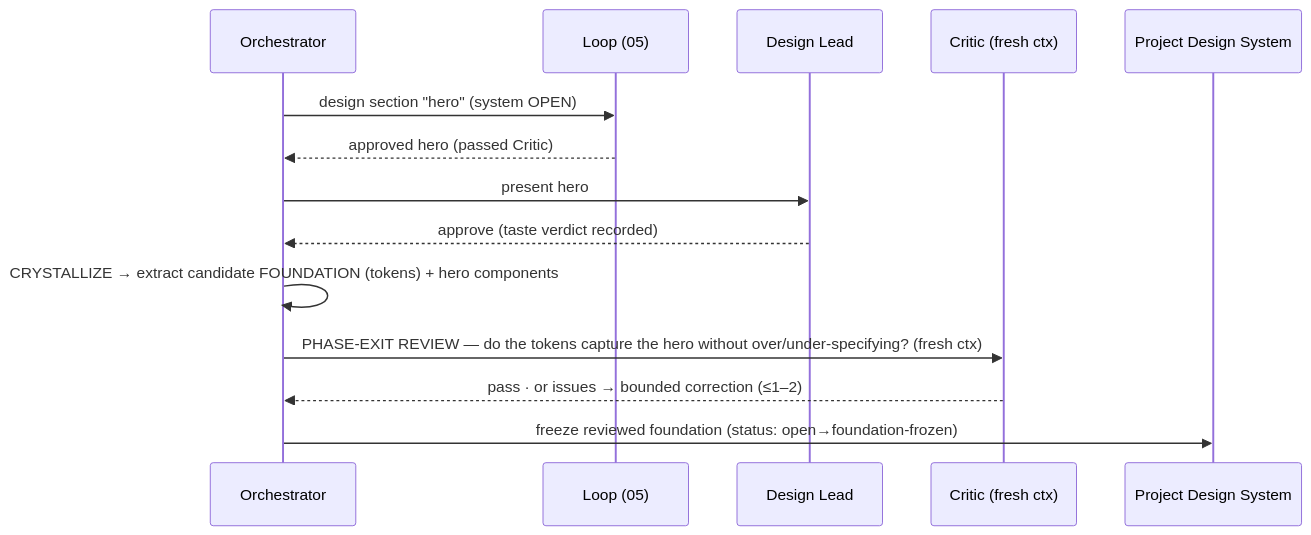
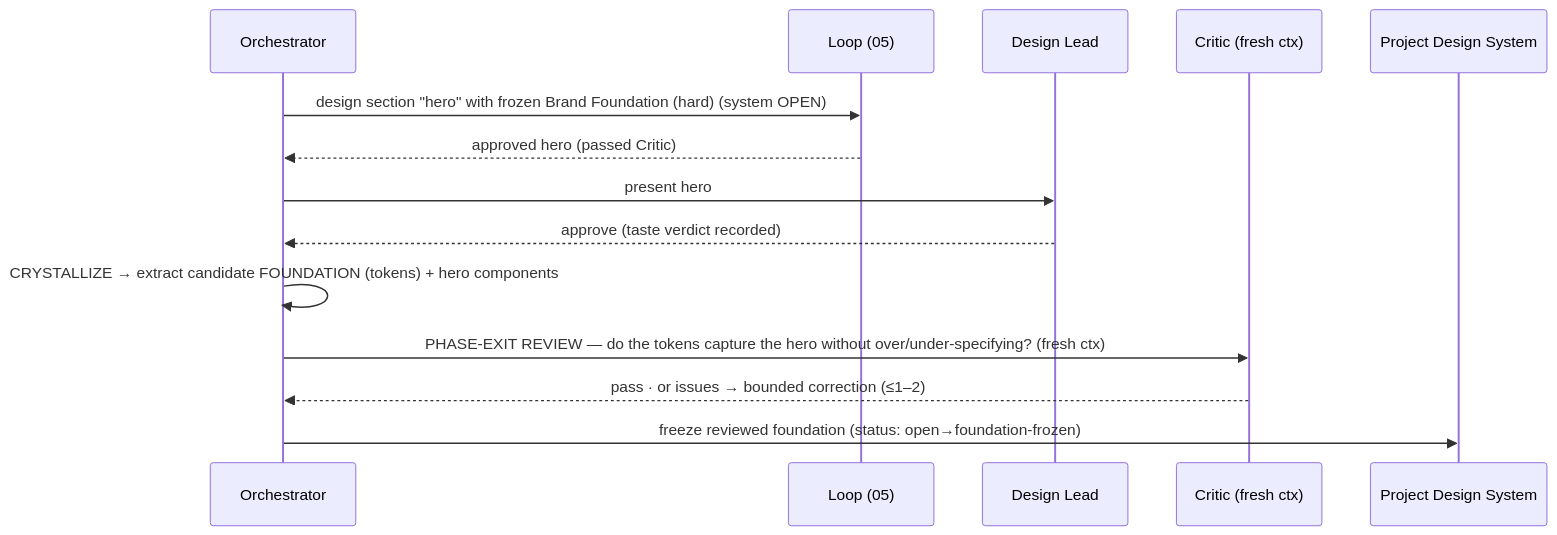
One commit to dev8xofficial/TroopHunter changed the third of 6 diagrams in future-pipeline/autonomous-design-engine/spec/06-workflows.md. Above: the diagram before and after it, drawn with Mermaid. The commit also changed other lines of this file and 20 other files, not shown here.

````diff
--- a/future-pipeline/autonomous-design-engine/spec/06-workflows.md
+++ b/future-pipeline/autonomous-design-engine/spec/06-workflows.md
@@ -63,17 +63,17 @@
 ```mermaid
 sequenceDiagram
     participant O as Orchestrator
     participant L as Loop (05)
     participant U as Design Lead
     participant C as Critic (fresh ctx)
     participant PDS as Project Design System
 
-    O->>L: design section "hero" (system OPEN)
+    O->>L: design section "hero" with frozen Brand Foundation (hard) (system OPEN)
     L-->>O: approved hero (passed Critic)
     O->>U: present hero
     U-->>O: approve (taste verdict recorded)
     O->>O: CRYSTALLIZE → extract candidate FOUNDATION (tokens) + hero components
     O->>C: PHASE-EXIT REVIEW — do the tokens capture the hero without over/under-specifying? (fresh ctx)
     C-->>O: pass · or issues → bounded correction (≤1–2)
     O->>PDS: freeze reviewed foundation (status: open→foundation-frozen)
 ```
````
